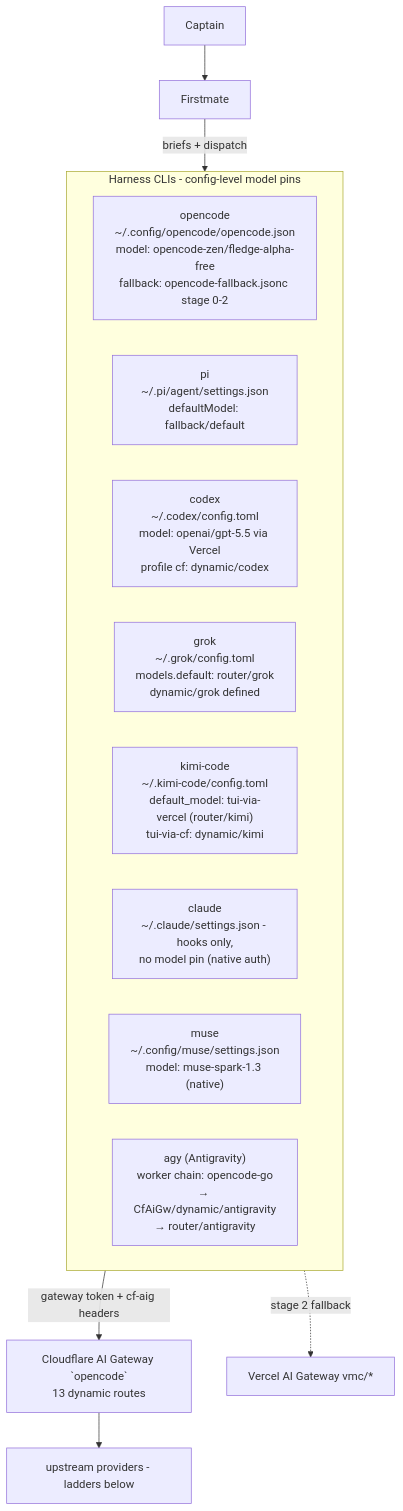
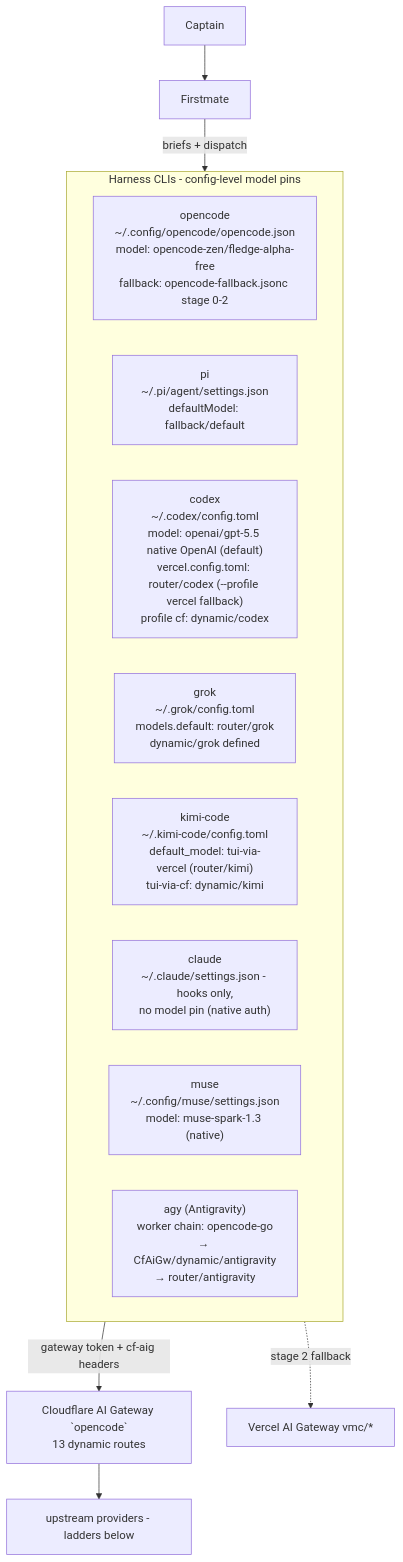
One commit to phillias/dotfiles changed the first of 17 diagrams in dot_agents/skills/provider-catalog/references/ROUTING_TOPOLOGY.md. Above: the diagram before and after it, drawn with Mermaid. The commit also changed 3 other files, not shown here.

Commit message:
no-mistakes(document): docs(codex): align routing docs to native OpenAI default

````diff
--- a/dot_agents/skills/provider-catalog/references/ROUTING_TOPOLOGY.md
+++ b/dot_agents/skills/provider-catalog/references/ROUTING_TOPOLOGY.md
@@ -39,18 +39,18 @@
 ```mermaid
 flowchart TD
     captain[Captain] --> fm[Firstmate]
     fm -->|briefs + dispatch| harnesses
     subgraph harnesses[Harness CLIs - config-level model pins]
         OC["opencode<br/>~/.config/opencode/opencode.json<br/>model: opencode-zen/fledge-alpha-free<br/>fallback: opencode-fallback.jsonc stage 0-2"]
         PI["pi<br/>~/.pi/agent/settings.json<br/>defaultModel: fallback/default"]
-        CX["codex<br/>~/.codex/config.toml<br/>model: openai/gpt-5.5 via Vercel<br/>profile cf: dynamic/codex"]
+        CX["codex<br/>~/.codex/config.toml<br/>model: openai/gpt-5.5 native OpenAI (default)<br/>vercel.config.toml: router/codex (--profile vercel fallback)<br/>profile cf: dynamic/codex"]
         GR["grok<br/>~/.grok/config.toml<br/>models.default: router/grok<br/>dynamic/grok defined"]
         KM["kimi-code<br/>~/.kimi-code/config.toml<br/>default_model: tui-via-vercel (router/kimi)<br/>tui-via-cf: dynamic/kimi"]
         CL["claude<br/>~/.claude/settings.json - hooks only,<br/>no model pin (native auth)"]
         MU["muse<br/>~/.config/muse/settings.json<br/>model: muse-spark-1.3 (native)"]
         AGY["agy (Antigravity)<br/>worker chain: opencode-go<br/>→ CfAiGw/dynamic/antigravity<br/>→ router/antigravity"]
     end
     harnesses -->|gateway token + cf-aig headers| GW["Cloudflare AI Gateway `opencode`<br/>13 dynamic routes"]
     GW --> models[upstream providers - ladders below]
     harnesses -.->|stage 2 fallback| VG[Vercel AI Gateway vmc/*]
 ```
````
